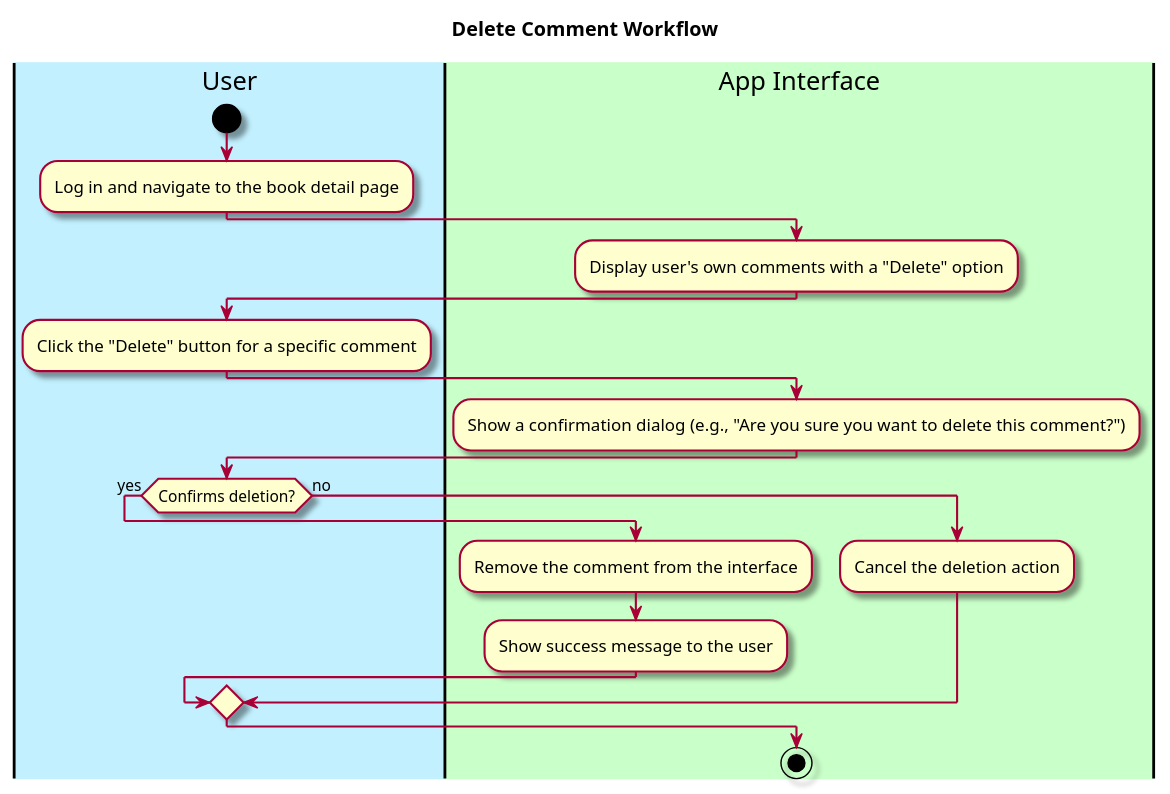
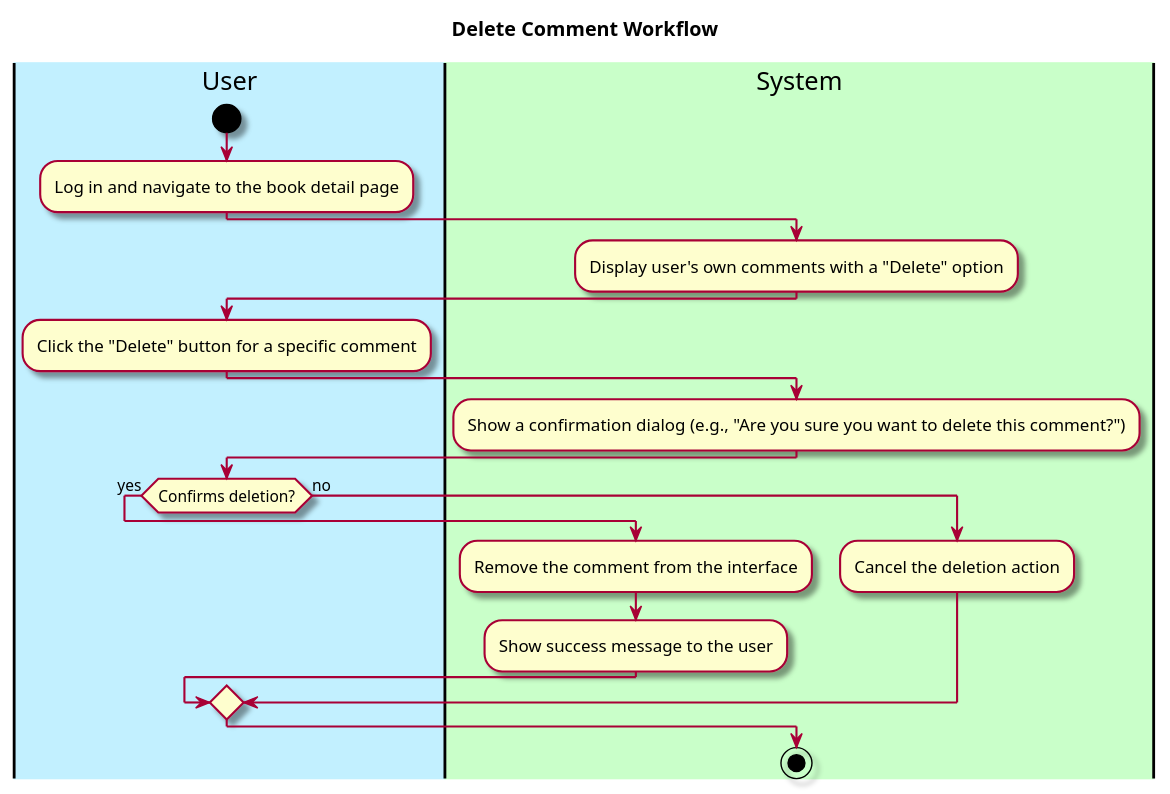
One commit to Khurshid03/team-2b changed the second of 2 diagrams in intellij/doc/use-cases/comment-on-a-review.md. Above: the diagram before and after it, drawn with PlantUML. The commit also changed other lines of this file and 17 other files, not shown here.

````diff
--- a/intellij/doc/use-cases/comment-on-a-review.md
+++ b/intellij/doc/use-cases/comment-on-a-review.md
@@ -93,40 +93,40 @@
 ```plantuml
 @startuml
 
 skin rose
 
 title Delete Comment Workflow
 
 |#application|User|
-|#technology|App Interface|
+|#technology|System|
 
 
 |User|
 start
 :Log in and navigate to the book detail page;
 
-|App Interface|
+|System|
 :Display user's own comments with a "Delete" option;
 
 |User|
 :Click the "Delete" button for a specific comment;
 
-|App Interface|
+|System|
 :Show a confirmation dialog (e.g., "Are you sure you want to delete this comment?");
 
 |User|
 if (Confirms deletion?) then (yes)
   
-  |App Interface|
+  |System|
   :Remove the comment from the interface;
   :Show success message to the user;
 
 else (no)
   :Cancel the deletion action;
 endif 
 stop
 
 
 
 @enduml
 ```
````
